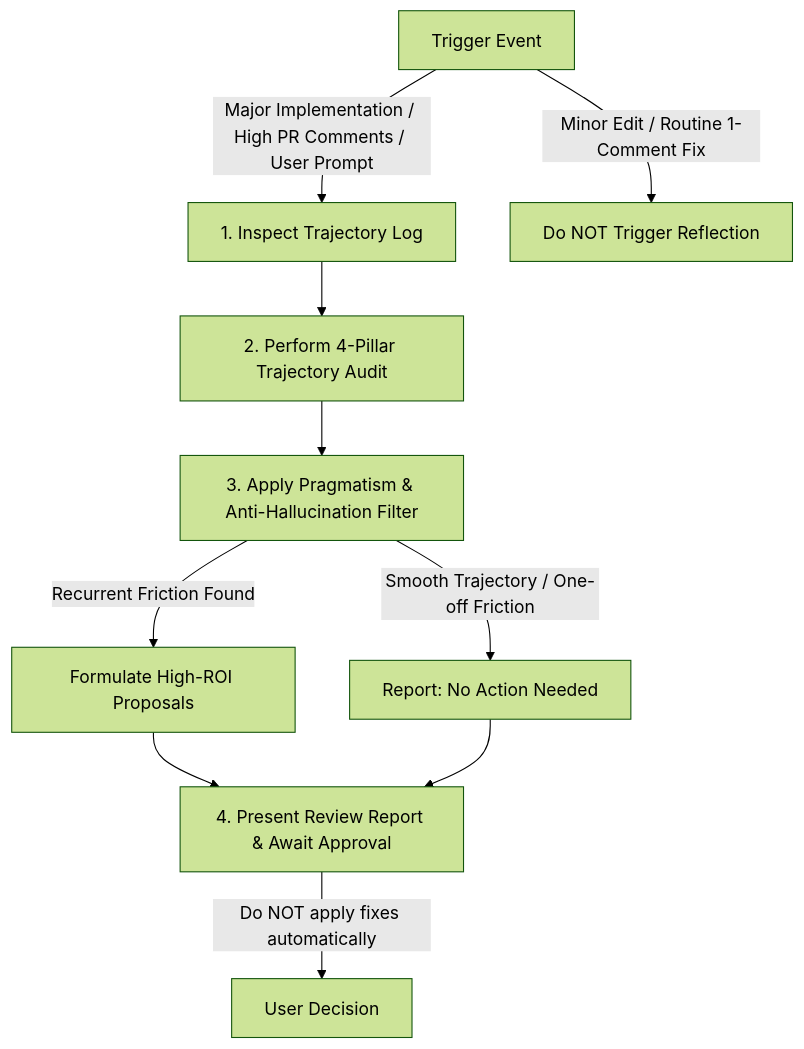
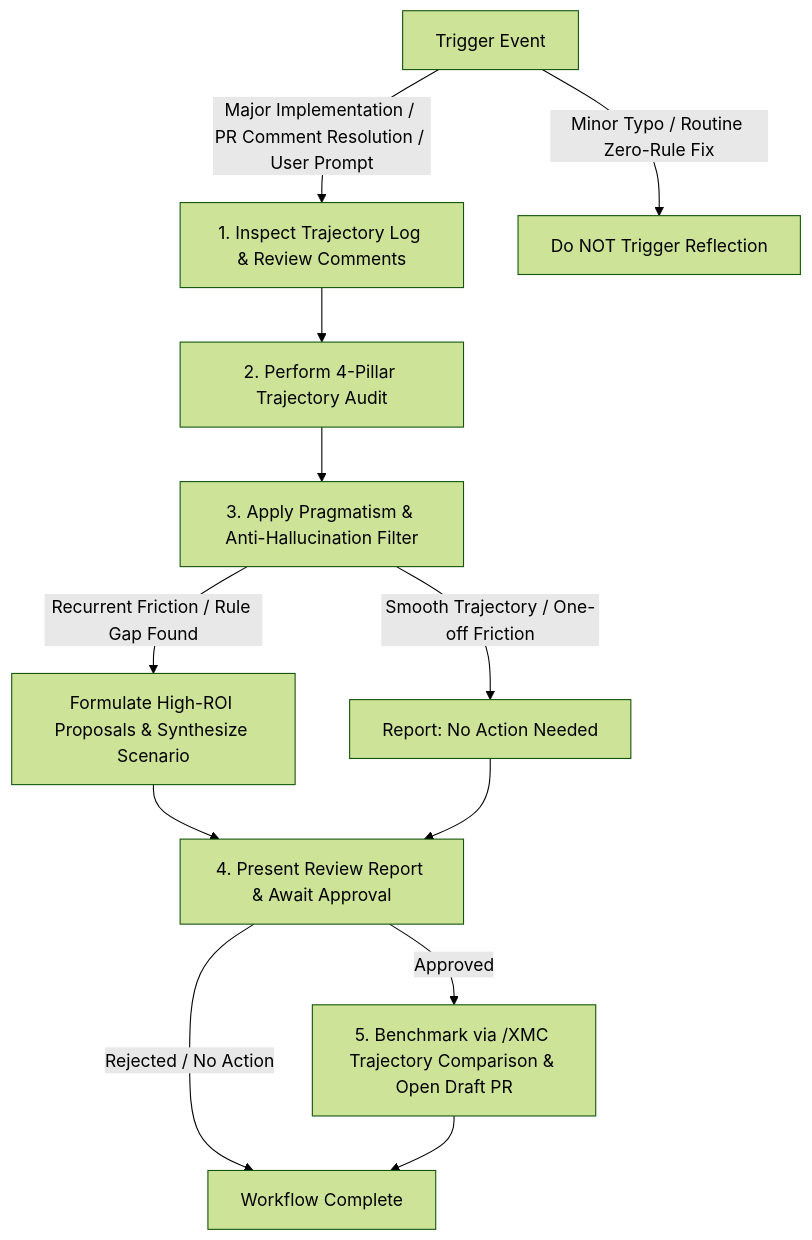
Before and after one commit to google/xmc: the diagram in .agents/skills/xmc_iterative_reflection/SKILL.md, drawn with Mermaid (forest theme). The commit also changed other lines of this file and 5 other files, not shown here.

First line of the commit message:
feat(skills): integrate iterative reflection into PR comment resolution (#480)

````diff
--- a/.agents/skills/xmc_iterative_reflection/SKILL.md
+++ b/.agents/skills/xmc_iterative_reflection/SKILL.md
@@ -10,11 +10,13 @@
 ```mermaid
 graph TD
-    A[Trigger Event] -->|Major Implementation / High PR Comments / User Prompt| B[1. Inspect Trajectory Log]
-    A -->|Minor Edit / Routine 1-Comment Fix| Stop[Do NOT Trigger Reflection]
+    A[Trigger Event] -->|Major Implementation / PR Comment Resolution / User Prompt| B[1. Inspect Trajectory Log & Review Comments]
+    A -->|Minor Typo / Routine Zero-Rule Fix| Stop[Do NOT Trigger Reflection]
     B --> C[2. Perform 4-Pillar Trajectory Audit]
     C --> D[3. Apply Pragmatism & Anti-Hallucination Filter]
-    D -->|Recurrent Friction Found| E[Formulate High-ROI Proposals]
+    D -->|Recurrent Friction / Rule Gap Found| E[Formulate High-ROI Proposals & Synthesize Scenario]
     D -->|Smooth Trajectory / One-off Friction| F[Report: No Action Needed]
     E & F --> G[4. Present Review Report & Await Approval]
-    G -->|Do NOT apply fixes automatically| End[User Decision]
+    G -->|Approved| H[5. Benchmark via /XMC Trajectory Comparison & Open Draft PR]
+    G -->|Rejected / No Action| End[Workflow Complete]
+    H --> End
 ```
````
